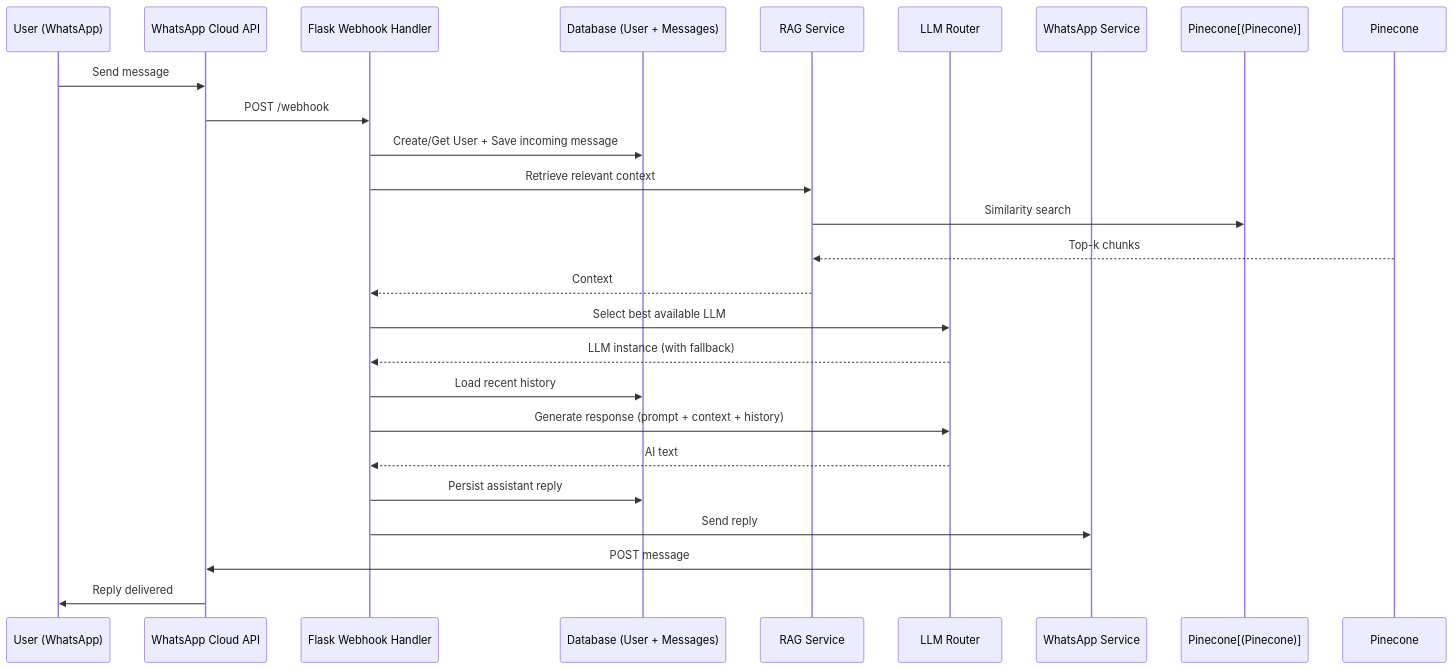
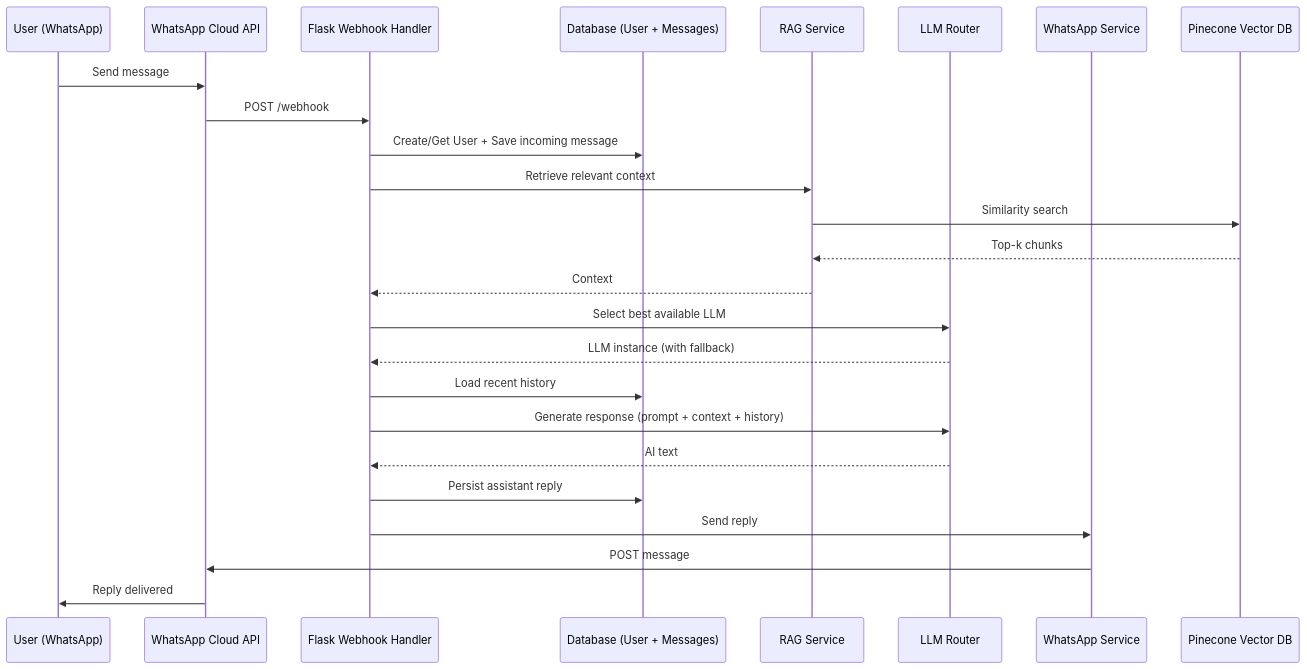
The diagram in docs/ARCHITECTURE.md (cleven12/whatsapp-ai-assistant), drawn with Mermaid before and after one commit. The commit also changed 1 other file, not shown here.

Commit message:
fix: declare Pinecone participant in Mermaid diagrams for valid syntax

````diff
--- a/docs/ARCHITECTURE.md
+++ b/docs/ARCHITECTURE.md
@@ -7,31 +7,32 @@
 ```mermaid
 sequenceDiagram
     participant User as User (WhatsApp)
     participant WA as WhatsApp Cloud API
     participant Webhook as Flask Webhook Handler
     participant DB as Database (User + Messages)
     participant RAG as RAG Service
     participant LLM as LLM Router
     participant WS as WhatsApp Service
+    participant PC as Pinecone Vector DB
 
     User->>WA: Send message
     WA->>Webhook: POST /webhook
     
     Webhook->>DB: Create/Get User + Save incoming message
     Webhook->>RAG: Retrieve relevant context
-    RAG->>Pinecone[(Pinecone)]: Similarity search
-    Pinecone-->>RAG: Top-k chunks
+    RAG->>PC: Similarity search
+    PC-->>RAG: Top-k chunks
     RAG-->>Webhook: Context
     
     Webhook->>LLM: Select best available LLM
     LLM-->>Webhook: LLM instance (with fallback)
     
     Webhook->>DB: Load recent history
     Webhook->>LLM: Generate response (prompt + context + history)
     LLM-->>Webhook: AI text
     
     Webhook->>DB: Persist assistant reply
     Webhook->>WS: Send reply
     WS->>WA: POST message
     WA->>User: Reply delivered
 ```
````
